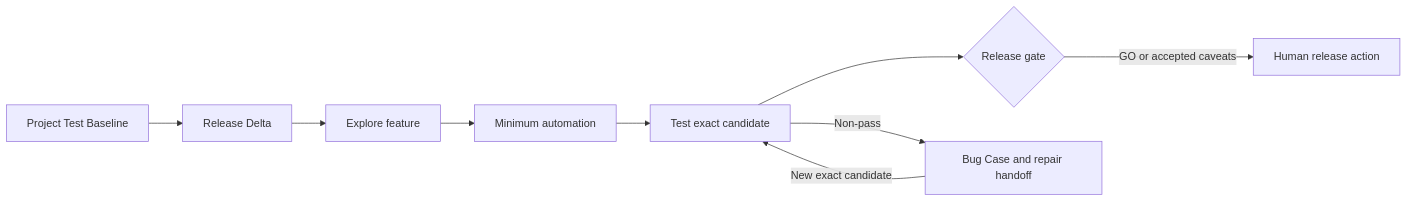
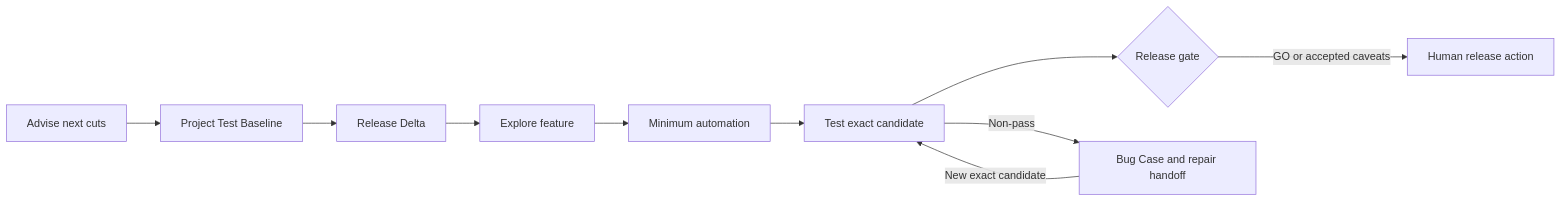
One commit to haru3613/harness-ship changed the diagram in README.md. Above: the diagram before and after it, drawn with Mermaid. The commit also changed other lines of this file and 9 other files, not shown here.

````diff
--- a/README.md
+++ b/README.md
@@ -60,16 +62,17 @@
 ```mermaid
 flowchart LR
-    A[Project Test Baseline]
-    B[Release Delta]
-    C[Explore feature]
-    D[Minimum automation]
-    E[Test exact candidate]
-    F{Release gate}
-    G[Human release action]
-    H[Bug Case and repair handoff]
+    A[Advise next cuts]
+    B[Project Test Baseline]
+    C[Release Delta]
+    D[Explore feature]
+    E[Minimum automation]
+    F[Test exact candidate]
+    G{Release gate}
+    H[Human release action]
+    I[Bug Case and repair handoff]
 
-    A --> B --> C --> D --> E --> F
-    F -->|GO or accepted caveats| G
-    E -->|Non-pass| H
-    H -->|New exact candidate| E
+    A --> B --> C --> D --> E --> F --> G
+    G -->|GO or accepted caveats| H
+    F -->|Non-pass| I
+    I -->|New exact candidate| F
 ```
````
